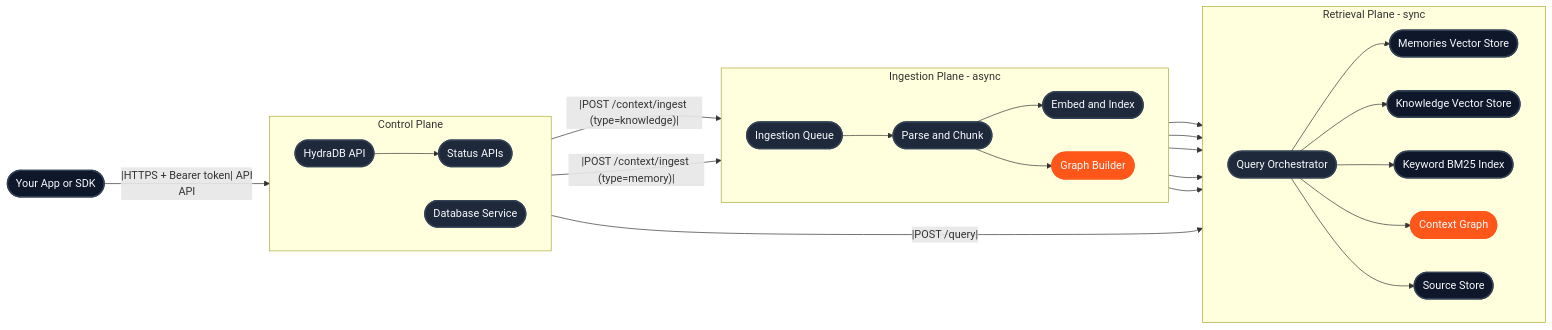
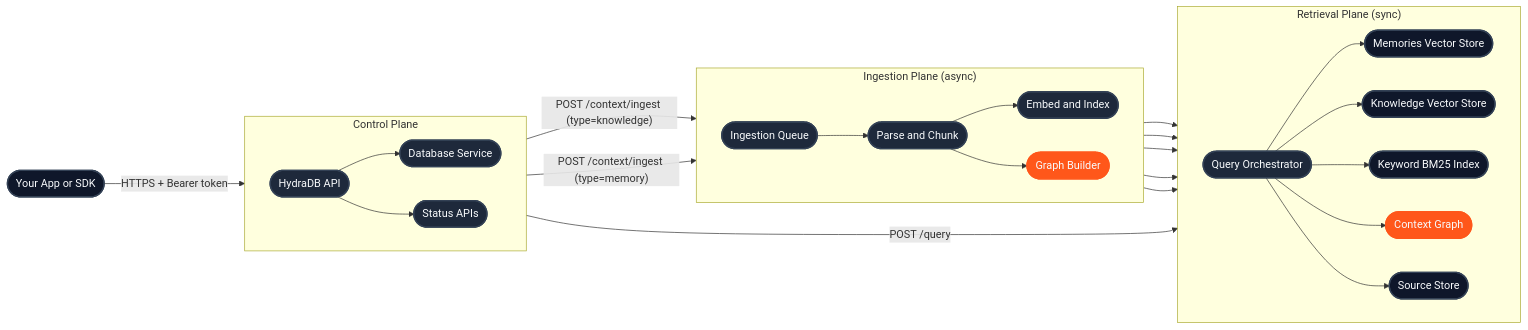
The first of 2 diagrams in essentials/v2/architecture.mdx (hydra-db/mintlify-docs), drawn with Mermaid before and after one commit. The commit also changed other lines of this file and 36 other files, not shown here.

````diff
--- a/essentials/v2/architecture.mdx
+++ b/essentials/v2/architecture.mdx
@@ -20,64 +18,64 @@
 ```mermaid
 flowchart LR
   Client([Your App or SDK])
   style Client fill:#0f172a,stroke:#334155,stroke-width:2px,color:#f8fafc,stroke-linecap:round
 
   subgraph Control[Control Plane]
     direction LR
     API([HydraDB API])
     Databases([Database Service])
     Status([Status APIs])
     style API fill:#1e293b,stroke:#334155,stroke-width:2px,color:#f8fafc,stroke-linecap:round
     style Databases fill:#1e293b,stroke:#334155,stroke-width:2px,color:#f8fafc,stroke-linecap:round
     style Status fill:#1e293b,stroke:#334155,stroke-width:2px,color:#f8fafc,stroke-linecap:round
   end
 
-  subgraph Ingestion[Ingestion Plane - async]
+  subgraph Ingestion["Ingestion Plane (async)"]
     direction LR
     Queue([Ingestion Queue])
     Parser([Parse and Chunk])
     Embed([Embed and Index])
     Graph([Graph Builder])
     style Queue fill:#1e293b,stroke:#334155,stroke-width:2px,color:#f8fafc,stroke-linecap:round
     style Parser fill:#1e293b,stroke:#334155,stroke-width:2px,color:#f8fafc,stroke-linecap:round
     style Embed fill:#1e293b,stroke:#334155,stroke-width:2px,color:#f8fafc,stroke-linecap:round
     style Graph fill:#FF571A,stroke:#FF571A,stroke-width:2px,color:#f8fafc,stroke-linecap:round
   end
 
-  subgraph Retrieval[Retrieval Plane - sync]
+  subgraph Retrieval["Retrieval Plane (sync)"]
     direction LR
     Query([Query Orchestrator])
     MemVec([Memories Vector Store])
     KnowVec([Knowledge Vector Store])
     KeywordBM25([Keyword BM25 Index])
     ContextGraph([Context Graph])
     Sources([Source Store])
     style Query fill:#1e293b,stroke:#334155,stroke-width:2px,color:#f8fafc,stroke-linecap:round
     style MemVec fill:#0f172a,stroke:#334155,stroke-width:2px,color:#f8fafc,stroke-linecap:round
     style KnowVec fill:#0f172a,stroke:#334155,stroke-width:2px,color:#f8fafc,stroke-linecap:round
     style KeywordBM25 fill:#0f172a,stroke:#334155,stroke-width:2px,color:#f8fafc,stroke-linecap:round
     style ContextGraph fill:#FF571A,stroke:#FF571A,stroke-width:2px,color:#f8fafc,stroke-linecap:round
     style Sources fill:#0f172a,stroke:#334155,stroke-width:2px,color:#f8fafc,stroke-linecap:round
   end
 
-  Client --|HTTPS + Bearer token| API
+  Client -->|HTTPS + Bearer token| API
   API --> Databases
   API --> Status
-  API --|POST /context/ingest (type=knowledge)|--> Queue
-  API --|POST /context/ingest (type=memory)|--> Queue
+  API -->|"POST /context/ingest (type=knowledge)"| Queue
+  API -->|"POST /context/ingest (type=memory)"| Queue
   Queue --> Parser
   Parser --> Sources
   Parser --> Embed
   Embed --> MemVec
   Embed --> KnowVec
   Embed --> KeywordBM25
   Parser --> Graph
   Graph --> ContextGraph
 
-  API --|POST /query|--> Query
+  API -->|POST /query| Query
   Query --> MemVec
   Query --> KnowVec
   Query --> KeywordBM25
   Query --> ContextGraph
   Query --> Sources
 ```
````
